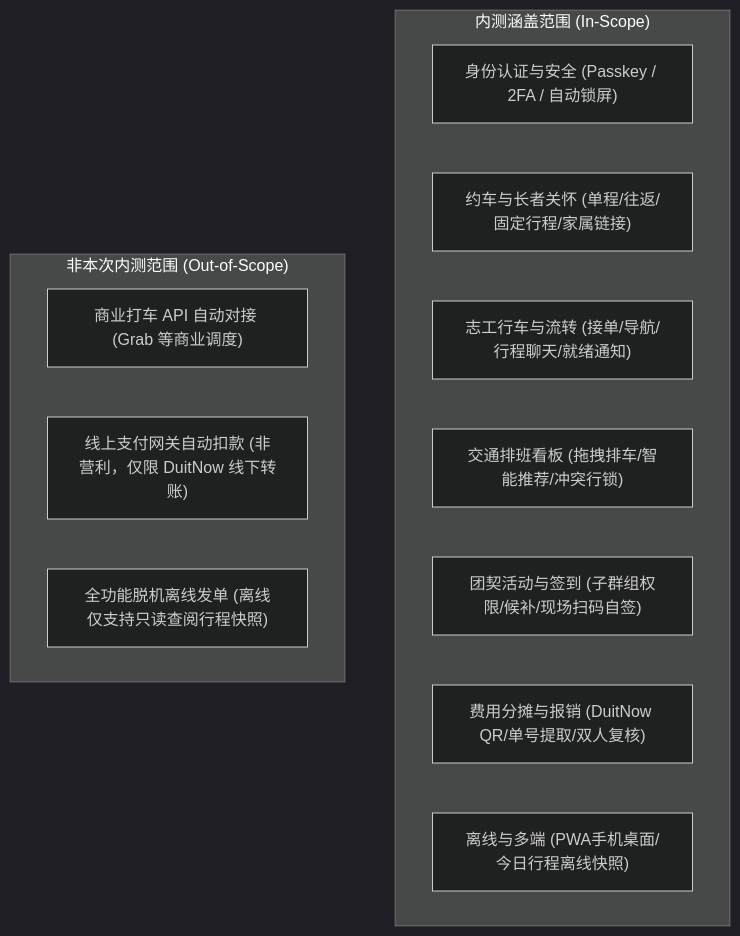
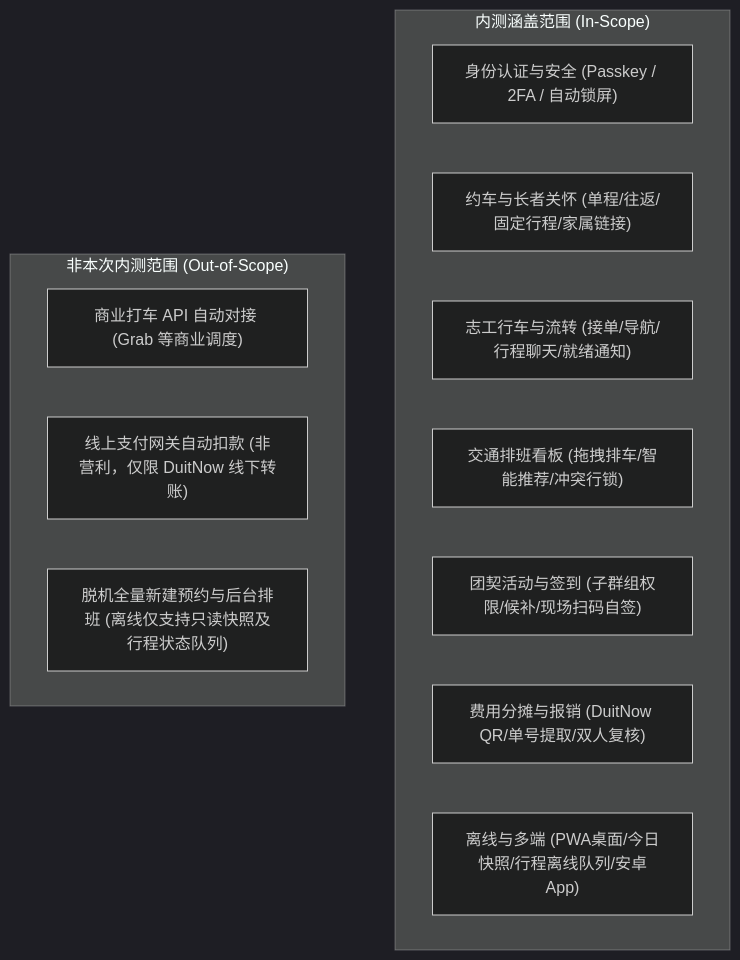
One commit to siewong007/grace-ride changed the first of 2 diagrams in docs/BETA_TESTING_PLAN.md. Above: the diagram before and after it, drawn with Mermaid (dark theme). The commit also changed other lines of this file and 129 other files, not shown here.

````diff
--- a/docs/BETA_TESTING_PLAN.md
+++ b/docs/BETA_TESTING_PLAN.md
@@ -26,17 +26,17 @@
 ```mermaid
 flowchart TD
     subgraph InScope["内测涵盖范围 (In-Scope)"]
         A["身份认证与安全 (Passkey / 2FA / 自动锁屏)"]
         B["约车与长者关怀 (单程/往返/固定行程/家属链接)"]
         C["志工行车与流转 (接单/导航/行程聊天/就绪通知)"]
         D["交通排班看板 (拖拽排车/智能推荐/冲突行锁)"]
         E["团契活动与签到 (子群组权限/候补/现场扫码自签)"]
         F["费用分摊与报销 (DuitNow QR/单号提取/双人复核)"]
-        G["离线与多端 (PWA手机桌面/今日行程离线快照)"]
+        G["离线与多端 (PWA桌面/今日快照/行程离线队列/安卓App)"]
     end
     subgraph OutScope["非本次内测范围 (Out-of-Scope)"]
         X1["商业打车 API 自动对接 (Grab 等商业调度)"]
         X2["线上支付网关自动扣款 (非营利，仅限 DuitNow 线下转账)"]
-        X3["全功能脱机离线发单 (离线仅支持只读查阅行程快照)"]
+        X3["脱机全量新建预约与后台排班 (离线仅支持只读快照及行程状态队列)"]
     end
 ```
````
